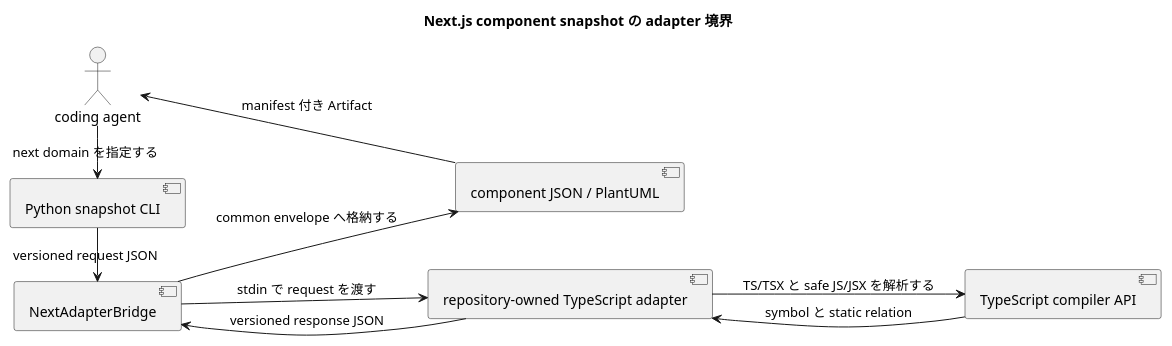
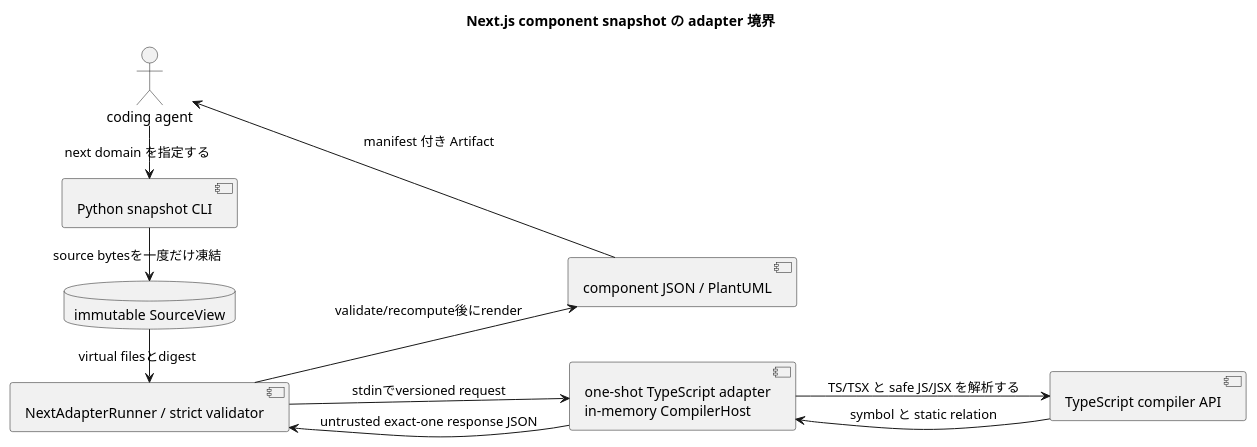
Before and after one commit to chemitaro/code-structure-viz: the diagram in spec-dock/initiatives/init-00001-code-structure-visualization/epics/epic-00002-safe-git-structure-comparison/issues/iss-00008-generate-nextjs-component-snapshots/design.md, drawn with PlantUML. The commit also changed other lines of this file and 5 other files, not shown here.

Commit message:
docs(iss-00008-generate-nextjs-component-snapshots): Issue#8のNext snapshot設計を採用方針へ更新 - Next snapshotの仕様を設計候補と調査記録として新規アーティファクト追加 - requirement.md・design.md・plan.mdをadoption判断に合わせて更新し、契約要件と実装順序を合わせる

````diff
--- a/spec-dock/initiatives/init-00001-code-structure-visualization/epics/epic-00002-safe-git-structure-comparison/issues/iss-00008-generate-nextjs-component-snapshots/design.md
+++ b/spec-dock/initiatives/init-00001-code-structure-visualization/epics/epic-00002-safe-git-structure-comparison/issues/iss-00008-generate-nextjs-component-snapshots/design.md
@@ -203,20 +290,22 @@
 ```plantuml
 @startuml
 title Next.js component snapshot の adapter 境界
 left to right direction
 actor "coding agent" as Agent
 component "Python snapshot CLI" as CLI
-component "NextAdapterBridge" as Bridge
-component "repository-owned TypeScript adapter" as Adapter
+database "immutable SourceView" as View
+component "NextAdapterRunner / strict validator" as Bridge
+component "one-shot TypeScript adapter\nin-memory CompilerHost" as Adapter
 component "TypeScript compiler API" as Compiler
 component "component JSON / PlantUML" as Output
 Agent -> CLI : next domain を指定する
-CLI -> Bridge : versioned request JSON
-Bridge -> Adapter : stdin で request を渡す
+CLI -> View : source bytesを一度だけ凍結
+View -> Bridge : virtual filesとdigest
+Bridge -> Adapter : stdinでversioned request
 Adapter -> Compiler : TS/TSX と safe JS/JSX を解析する
 Compiler --> Adapter : symbol と static relation
-Adapter --> Bridge : versioned response JSON
-Bridge -> Output : common envelope へ格納する
+Adapter --> Bridge : untrusted exact-one response JSON
+Bridge -> Output : validate/recompute後にrender
 Output --> Agent : manifest 付き Artifact
 @enduml
 ```
````
